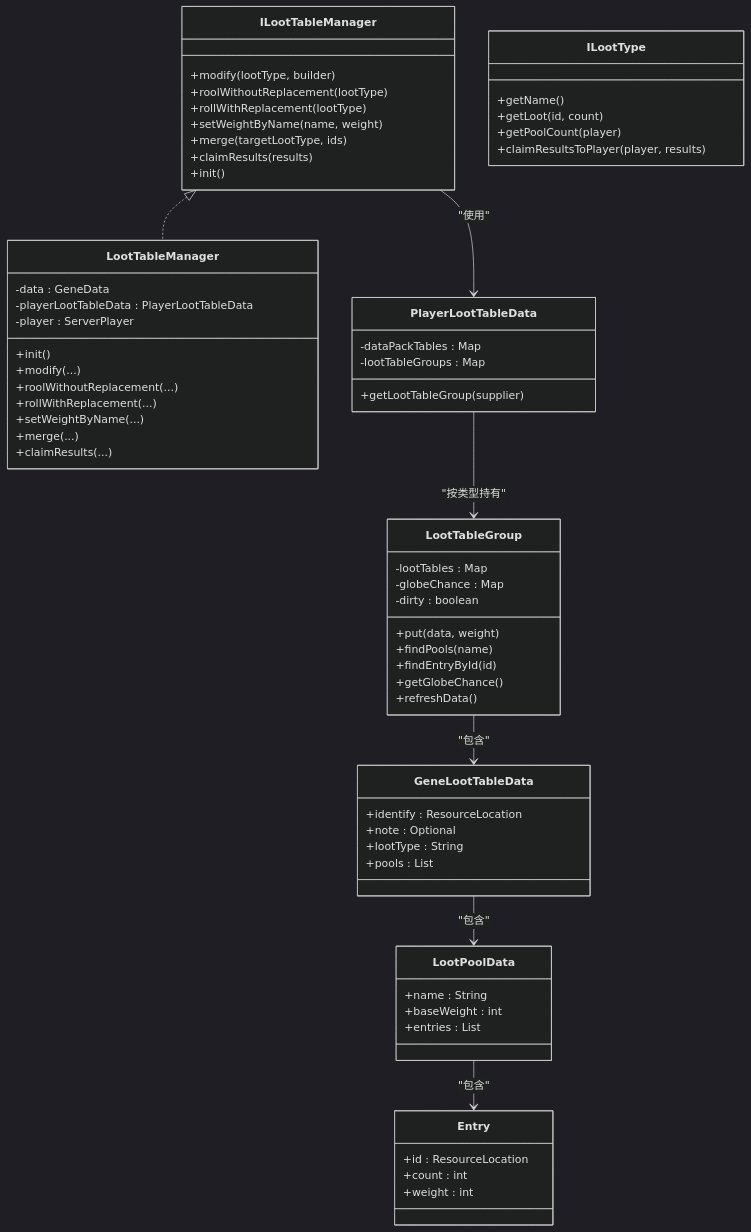
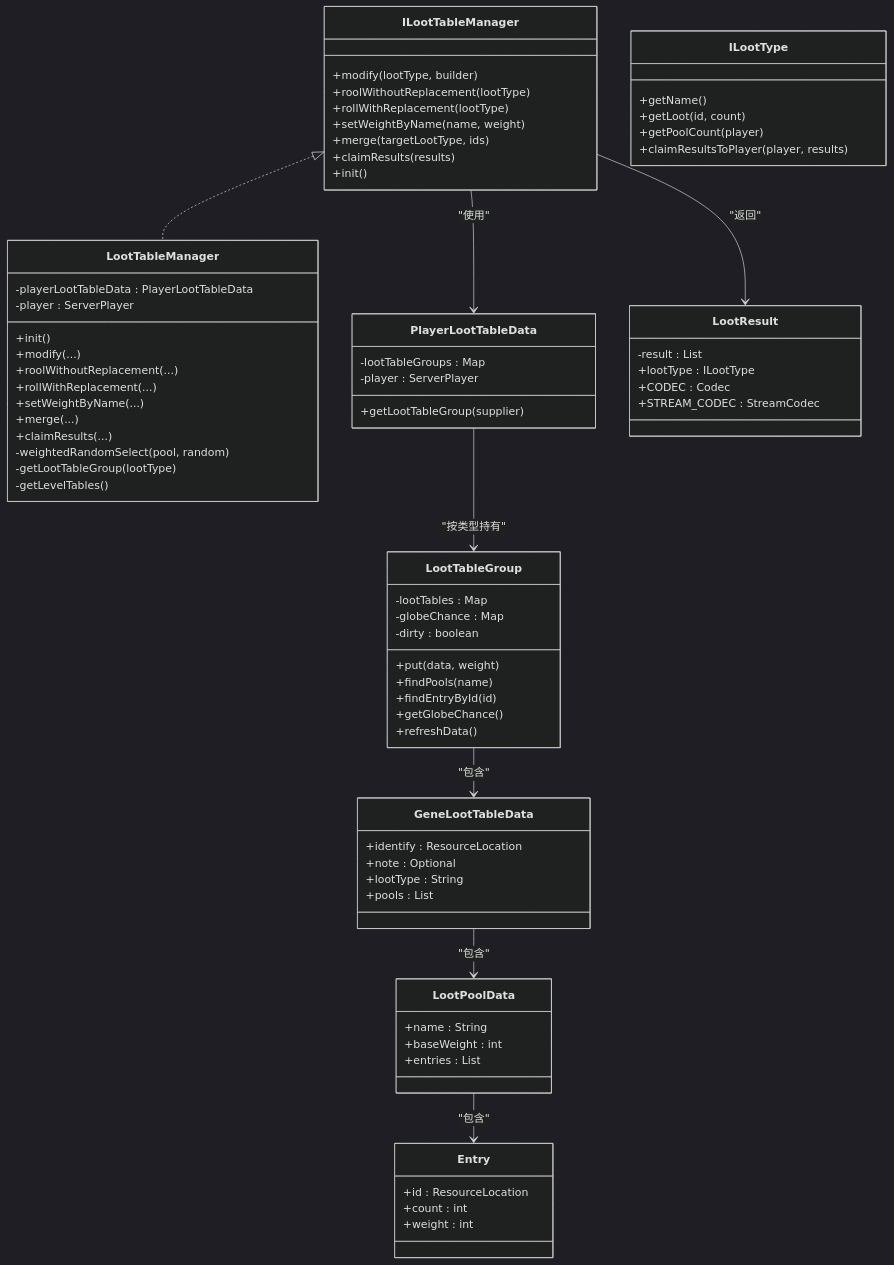
The second of 5 diagrams in .qoder/repowiki/zh/content/模块架构/Biotech基因科技模块/战利品系统.md (Ver-shift/SubModulesGeneHunter), drawn with Mermaid (dark theme) before and after one commit. The commit also changed other lines of this file and 42 other files, not shown here.

````diff
--- a/.qoder/repowiki/zh/content/模块架构/Biotech基因科技模块/战利品系统.md
+++ b/.qoder/repowiki/zh/content/模块架构/Biotech基因科技模块/战利品系统.md
@@ -108,67 +111,76 @@
 ```mermaid
 classDiagram
 class ILootTableManager {
 +modify(lootType, builder)
 +roolWithoutReplacement(lootType)
 +rollWithReplacement(lootType)
 +setWeightByName(name, weight)
 +merge(targetLootType, ids)
 +claimResults(results)
 +init()
 }
 class LootTableManager {
--data : GeneData
 -playerLootTableData : PlayerLootTableData
 -player : ServerPlayer
 +init()
 +modify(...)
 +roolWithoutReplacement(...)
 +rollWithReplacement(...)
 +setWeightByName(...)
 +merge(...)
 +claimResults(...)
+-weightedRandomSelect(pool, random)
+-getLootTableGroup(lootType)
+-getLevelTables()
 }
 class ILootType {
 +getName()
 +getLoot(id, count)
 +getPoolCount(player)
 +claimResultsToPlayer(player, results)
 }
 class PlayerLootTableData {
--dataPackTables : Map
 -lootTableGroups : Map
+-player : ServerPlayer
 +getLootTableGroup(supplier)
 }
 class LootTableGroup {
 -lootTables : Map
 -globeChance : Map
 -dirty : boolean
 +put(data, weight)
 +findPools(name)
 +findEntryById(id)
 +getGlobeChance()
 +refreshData()
 }
 class LootPoolData {
 +name : String
 +baseWeight : int
 +entries : List<Entry>
 }
 class Entry {
 +id : ResourceLocation
 +count : int
 +weight : int
 }
 class GeneLootTableData {
 +identify : ResourceLocation
 +note : Optional<String>
 +lootType : String
 +pools : List<LootPoolData>
 }
+class LootResult {
+-result : List<Entry>
++lootType : ILootType
++CODEC : Codec
++STREAM_CODEC : StreamCodec
+}
 ILootTableManager <|.. LootTableManager
 ILootTableManager --> PlayerLootTableData : "使用"
 PlayerLootTableData --> LootTableGroup : "按类型持有"
 LootTableGroup --> GeneLootTableData : "包含"
 GeneLootTableData --> LootPoolData : "包含"
 LootPoolData --> Entry : "包含"
+ILootTableManager --> LootResult : "返回"
 ```
````
